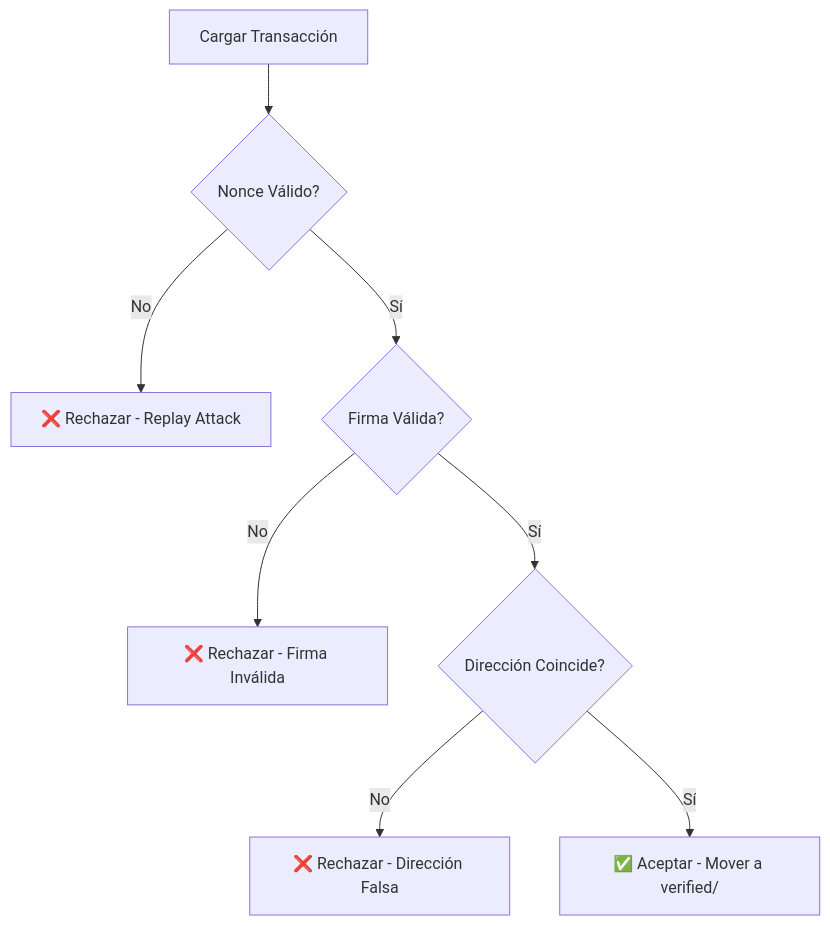
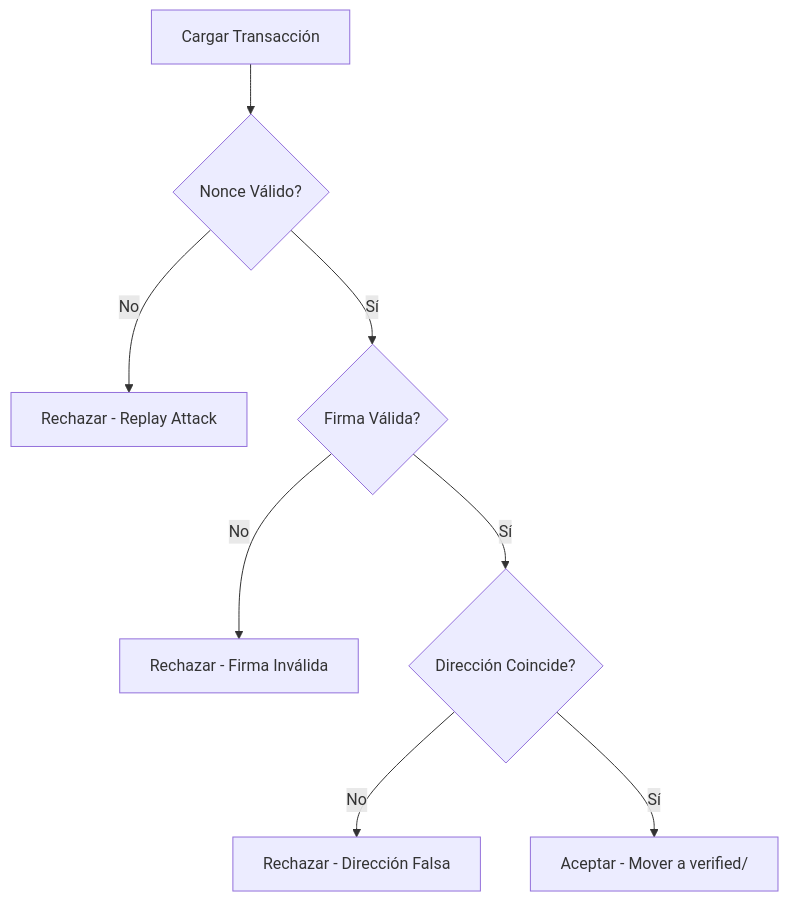
The second of 2 diagrams in GUIA_USO.md (DanielGarcia654/ProyectoFinal_Criptografia), drawn with Mermaid before and after one commit. The commit also changed other lines of this file, not shown here.

````diff
--- a/GUIA_USO.md
+++ b/GUIA_USO.md
@@ -259,10 +259,10 @@
 ```mermaid
 graph TD
     A[Cargar Transacción] --> B{Nonce Válido?}
-    B -->|No| C[❌ Rechazar - Replay Attack]
+    B -->|No| C[ Rechazar - Replay Attack]
     B -->|Sí| D{Firma Válida?}
-    D -->|No| E[❌ Rechazar - Firma Inválida]
+    D -->|No| E[ Rechazar - Firma Inválida]
     D -->|Sí| F{Dirección Coincide?}
-    F -->|No| G[❌ Rechazar - Dirección Falsa]
-    F -->|Sí| H[✅ Aceptar - Mover a verified/]
+    F -->|No| G[ Rechazar - Dirección Falsa]
+    F -->|Sí| H[ Aceptar - Mover a verified/]
 ```
````
